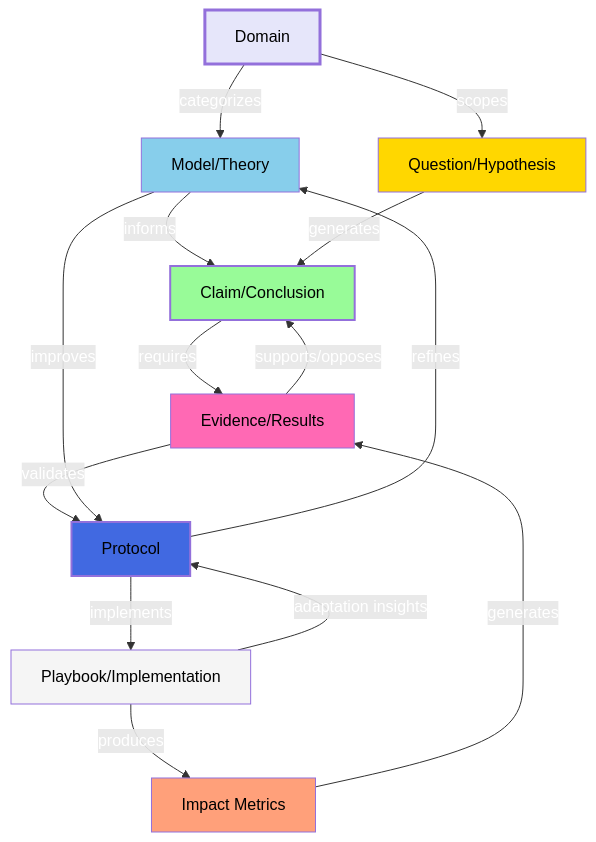
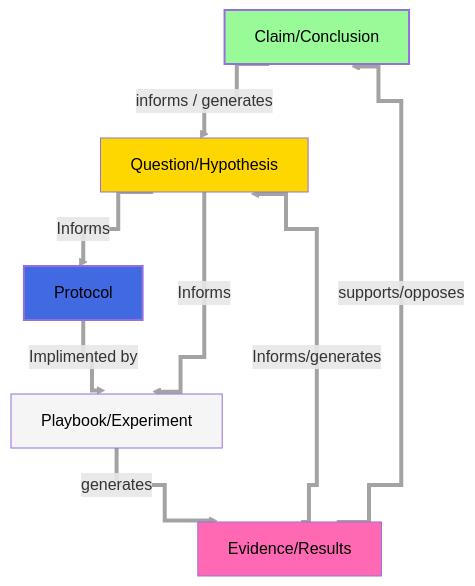
The diagram in content/DiscourseGraphs.md (DarrenZal/Quartz), drawn with Mermaid before and after one commit.

Commit message:
Quartz sync: Nov 3, 2024, 10:44 PM

````diff
--- a/content/DiscourseGraphs.md
+++ b/content/DiscourseGraphs.md
@@ -55,35 +55,26 @@
 ```mermaid
-flowchart TD 
-    D[Domain]
+%%{ init: { 'flowchart': { 'curve': 'step' } } }%%
+graph TB
+    C[Claim/Conclusion]
+    Q[Question/Hypothesis]
+    PR[Protocol]
+    PB[Playbook/Experiment]
+    E[Evidence/Results]
     
-    D -->|"categorizes"| MT[Model/Theory]
-    D -->|"scopes"| Q[Question/Hypothesis]
+    E -->|"supports/opposes"| C
+    E -->|"Informs/generates"| Q
+    C -->|"informs / generates"| Q
+    Q -->|"Informs"| PR
+    Q -->|"Informs"| PB
+    PR -->|"Implimented by"| PB
+    PB -->|"generates"| E
     
-    MT -->|"informs"| C[Claim/Conclusion]
-    Q -->|"generates"| C
-    
-    C -->|"requires"| E[Evidence/Results]
-    E -->|"supports/opposes"| C
-    
-    E -->|"validates"| PR[Protocol]
-    
-    PR -->|"implements"| PB[Playbook/Implementation]
-    PB -->|"produces"| I[Impact Metrics]
-    I -->|"generates"| E
-
-    PB -->|"adaptation insights"| PR
-    PR -->|"refines"| MT
-    MT -->|"improves"| PR
-    
-    style D fill:#e6e6fa,stroke-width:3px,color:#000
-    style MT fill:#87ceeb,color:#000
     style Q fill:#ffd700,color:#000
     style C fill:#98fb98,stroke-width:2px,color:#000
     style E fill:#ff69b4,color:#000
     style PR fill:#4169e1,stroke-width:2px,color:#000
     style PB fill:#f5f5f5,color:#000
-    style I fill:#ffa07a,color:#000
     
-    linkStyle default color:white
+    linkStyle default stroke:#a3a3a1,tip:#a3a3a1, stroke-width:4px;
 
 ```
````
